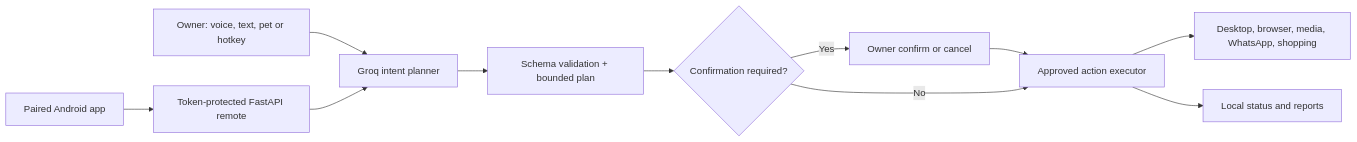
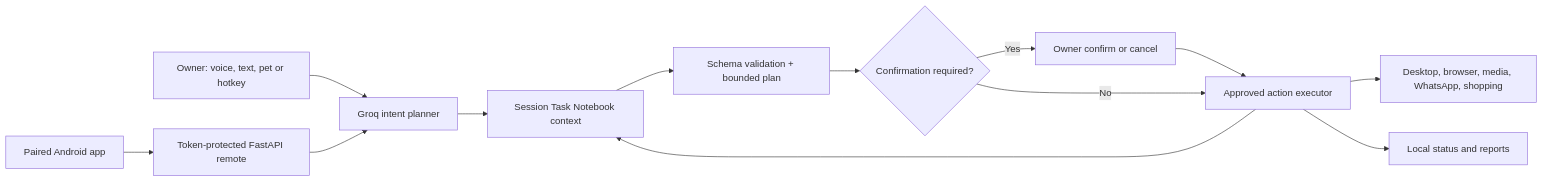
One commit to Aashiskr/Aksh-Virtual-Assistant-2.0 changed the diagram in README.md. Above: the diagram before and after it, drawn with Mermaid. The commit also changed other lines of this file and 151 other files, not shown here.

````diff
--- a/README.md
+++ b/README.md
@@ -51,13 +54,15 @@
 ```mermaid
 flowchart LR
     U["Owner: voice, text, pet or hotkey"] --> B["Groq intent planner"]
     P["Paired Android app"] --> R["Token-protected FastAPI remote"]
     R --> B
-    B --> V["Schema validation + bounded plan"]
+    B --> N["Session Task Notebook context"]
+    N --> V["Schema validation + bounded plan"]
     V --> C{"Confirmation required?"}
     C -->|Yes| O["Owner confirm or cancel"]
     O --> E["Approved action executor"]
     C -->|No| E
     E --> T["Desktop, browser, media, WhatsApp, shopping"]
     E --> M["Local status and reports"]
+    E --> N
 ```
````
